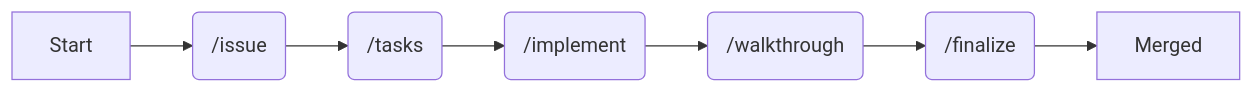
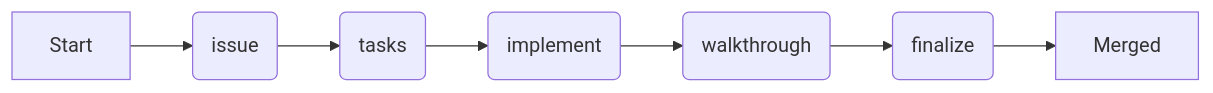
Before and after one commit to SaschaHeyer/ai-driven-engineering: the diagram in README.md, drawn with Mermaid. The commit also changed other lines of this file and 17 other files, not shown here.

````diff
--- a/README.md
+++ b/README.md
@@ -97,9 +85,9 @@
 ```mermaid
 graph LR
-    A[Start] --> B(/issue);
-    B --> C(/tasks);
-    C --> D(/implement);
-    D --> E(/walkthrough);
-    E --> F(/finalize);
+    A[Start] --> B(issue);
+    B --> C(tasks);
+    C --> D(implement);
+    D --> E(walkthrough);
+    E --> F(finalize);
     F --> G[Merged];
 ```
````
